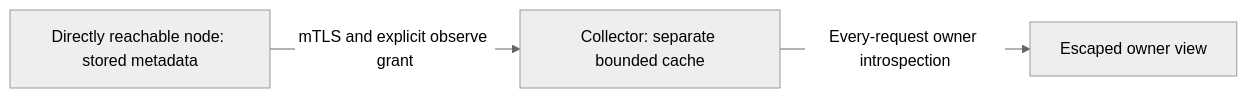
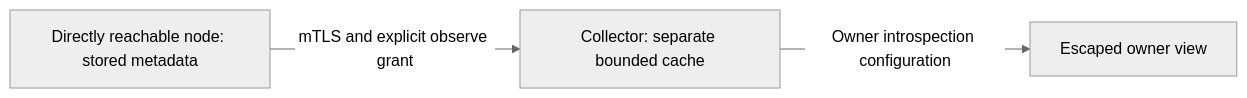
Before and after one commit to sini/xmsg: the diagram in docs/src/content/docs/concepts/fleet-observer.mdx, drawn with Mermaid (neutral theme). The commit also changed other lines of this file and 21 other files, not shown here.

````diff
--- a/docs/src/content/docs/concepts/fleet-observer.mdx
+++ b/docs/src/content/docs/concepts/fleet-observer.mdx
@@ -21,5 +21,5 @@
 ```mermaid
 flowchart LR
   N["Directly reachable node: stored metadata"] -->|"mTLS and explicit observe grant"| C["Collector: separate bounded cache"]
-  C -->|"Every-request owner introspection"| B["Escaped owner view"]
+  C -->|"Owner introspection configuration"| B["Escaped owner view"]
 ```
````
